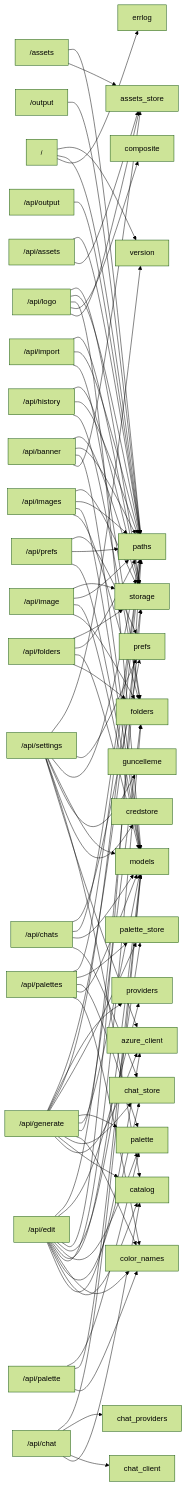
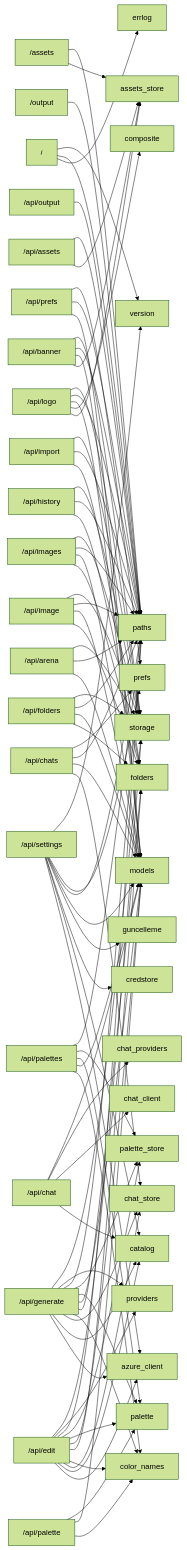
One commit to Zenginby/kromis changed the diagram in docs/graflar/uc-noktalar.md. Above: the diagram before and after it, drawn with Mermaid (forest theme). The commit also changed other lines of this file and 19 other files, not shown here.

```diff
--- a/docs/graflar/uc-noktalar.md
+++ b/docs/graflar/uc-noktalar.md
@@ -56,6 +58,10 @@
   n__ --> n_errlog["errlog"]
   n__ --> n_paths["paths"]
   n__ --> n_version["version"]
+  n__api_arena["/api/arena"]
+  n__api_arena --> n_models["models"]
+  n__api_arena --> n_paths["paths"]
+  n__api_arena --> n_storage["storage"]
   n__api_assets["/api/assets"]
   n__api_assets --> n_assets_store["assets_store"]
   n__api_assets --> n_paths["paths"]
```
